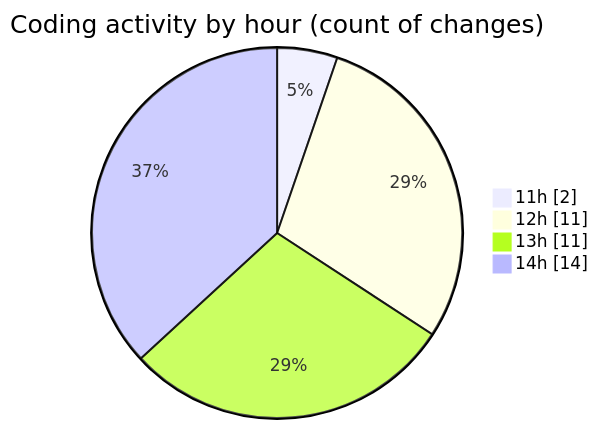
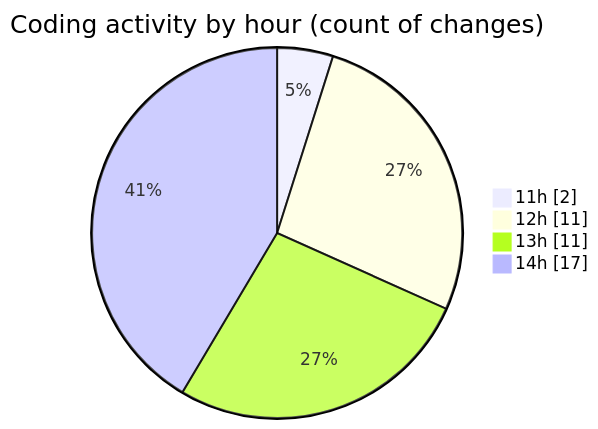
Before and after one commit to momahboobian/code-tracking: the second of 2 diagrams in 2025-04-04/cda/README.md, drawn with Mermaid. The commit also changed other lines of this file and 1 other file, not shown here.

````diff
--- a/2025-04-04/cda/README.md
+++ b/2025-04-04/cda/README.md
@@ -39,8 +39,8 @@
 ```mermaid
 pie showData
 title Coding activity by hour (count of changes)
 "11h" : 2
 "12h" : 11
 "13h" : 11
-"14h" : 14
+"14h" : 17
 ```
````
